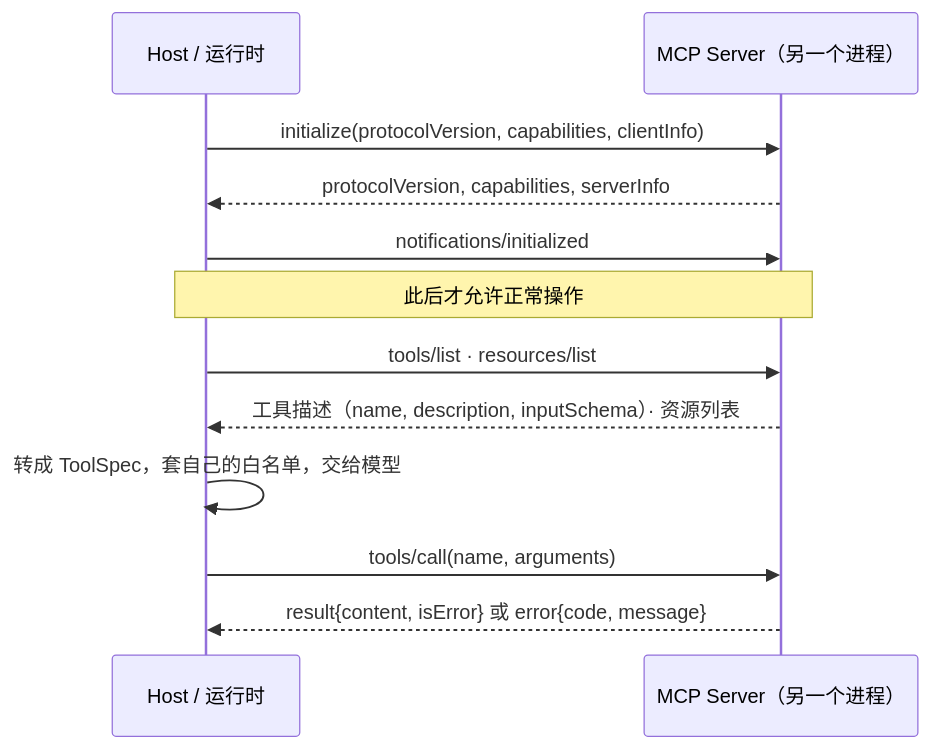
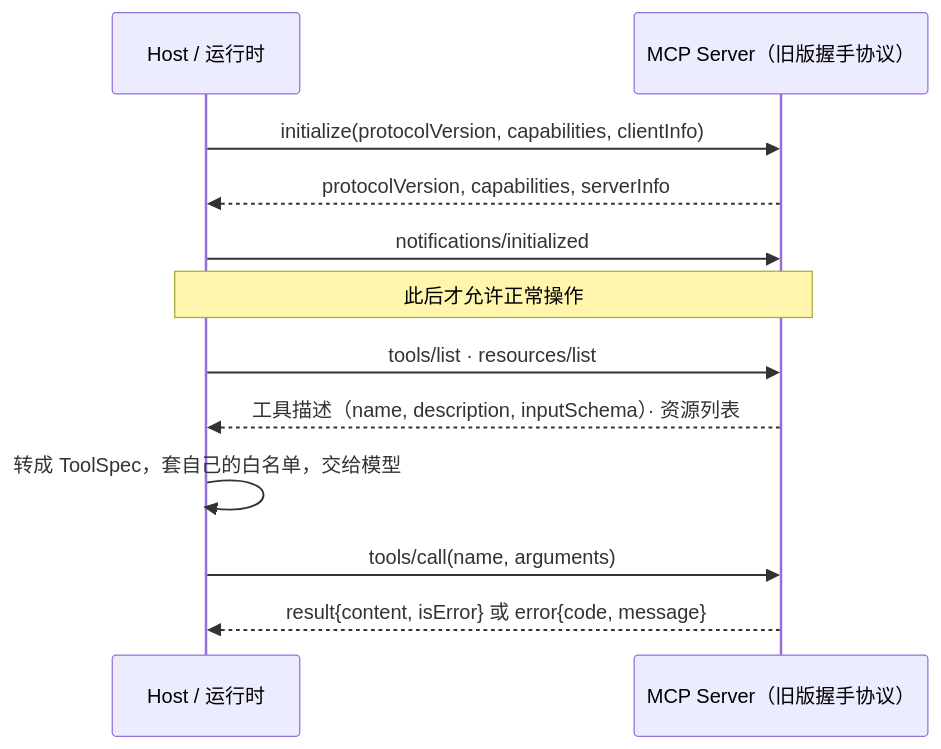
Before and after one commit to lance2016/ai-app-engineering: the first of 2 diagrams in lessons/mcp/README.md, drawn with Mermaid. The commit also changed other lines of this file and 9 other files, not shown here.

````diff
--- a/lessons/mcp/README.md
+++ b/lessons/mcp/README.md
@@ -18,14 +18,14 @@
 ```mermaid
 sequenceDiagram
     participant H as Host / 运行时
-    participant S as MCP Server（另一个进程）
+    participant S as MCP Server（旧版握手协议）
     H->>S: initialize(protocolVersion, capabilities, clientInfo)
     S-->>H: protocolVersion, capabilities, serverInfo
     H->>S: notifications/initialized
     Note over H,S: 此后才允许正常操作
     H->>S: tools/list · resources/list
     S-->>H: 工具描述（name, description, inputSchema）· 资源列表
     H->>H: 转成 ToolSpec，套自己的白名单，交给模型
     H->>S: tools/call(name, arguments)
     S-->>H: result{content, isError}  或  error{code, message}
 ```
````
